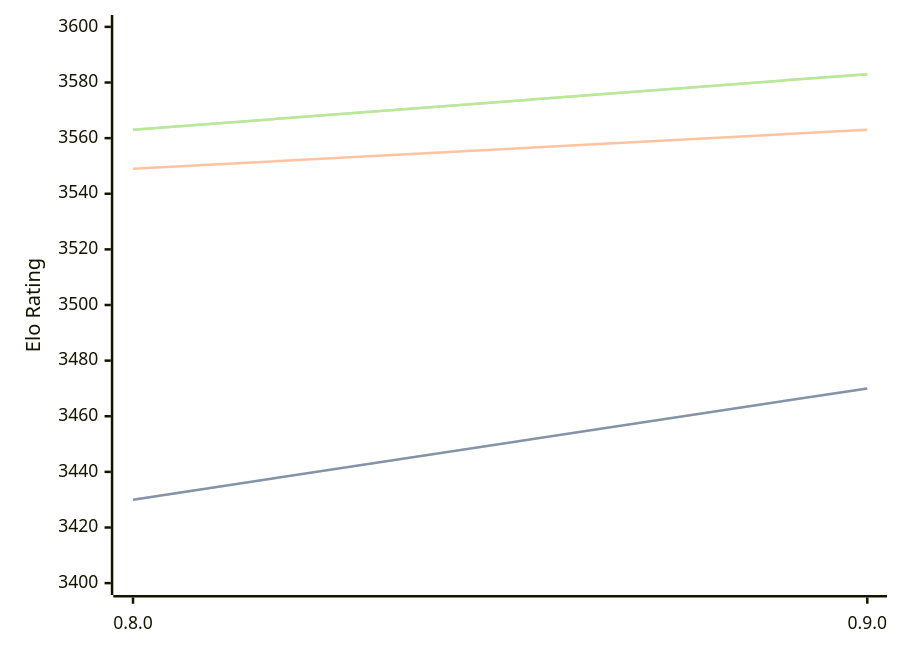
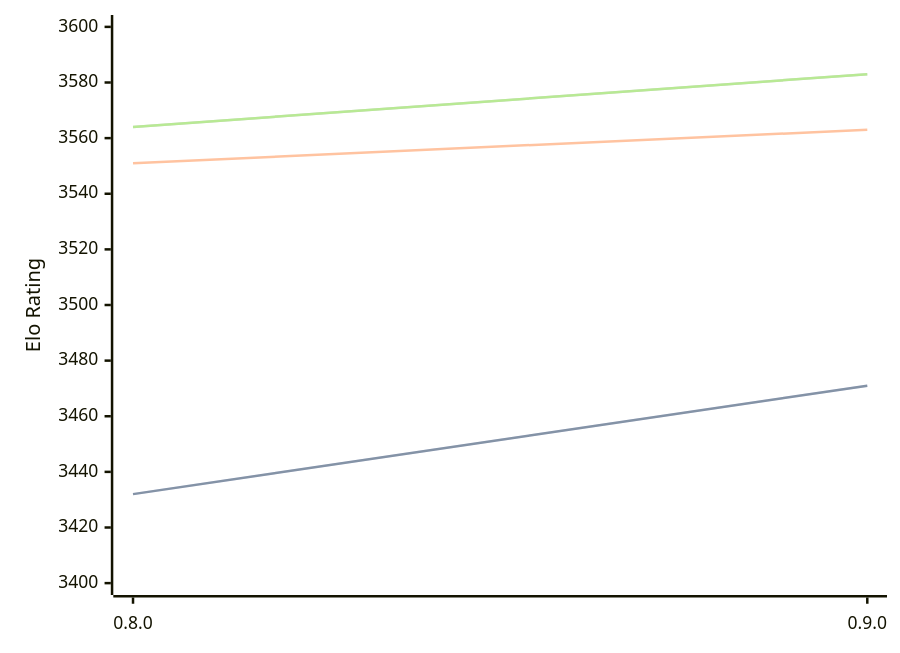
Before and after one commit to computer-chess-index/cci: the third of 3 diagrams in engines/Reckless.md, drawn with Mermaid. The commit also changed other lines of this file, not shown here.

Commit message:
Update CCI Ratings (ELO VLTC) - 2026-07-13

````diff
--- a/engines/Reckless.md
+++ b/engines/Reckless.md
@@ -72,11 +72,11 @@
 ```mermaid
 %%{init: {"theme":"base","themeVariables":{"seriesColors:['#a3a3a3','#222221','#faa371']}}}%%
 xychart-beta
   x-axis ["0.8.0", "0.9.0"]
   y-axis "Elo Rating" 3400 --> 3600
-  line "STC (8.0+0.08s)" [3430, 3470]
-  line "STC (8.0+0.08s)" [3430, 3470]
-  line "LTC (60.0+0.60s)" [3549, 3563]
-  line "VLTC (2m24s+1.12s)" [3563, 3583]
-  line "VLTC (2m24s+1.12s)" [3563, 3583]
+  line "STC (8.0+0.08s)" [3432, 3471]
+  line "STC (8.0+0.08s)" [3432, 3471]
+  line "LTC (60.0+0.60s)" [3551, 3563]
+  line "VLTC (2m24s+1.12s)" [3564, 3583]
+  line "VLTC (2m24s+1.12s)" [3564, 3583]
 ```
````
